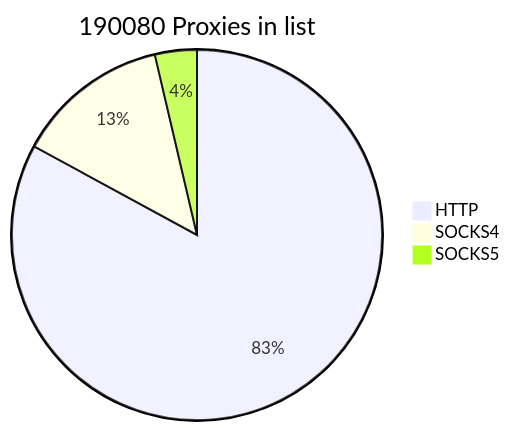
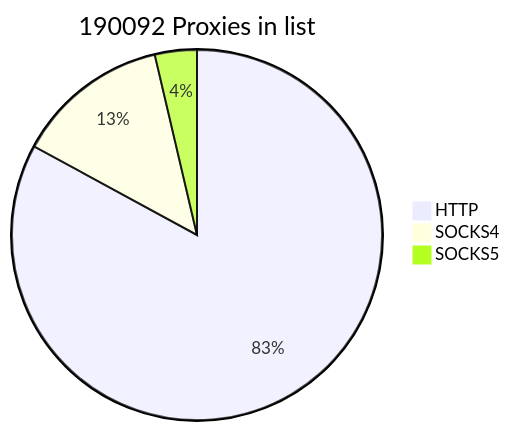
One commit to cutipu/proxylist changed the first of 2 diagrams in README.md. Above: the diagram before and after it, drawn with Mermaid. The commit also changed other lines of this file, not shown here.

````diff
--- a/README.md
+++ b/README.md
@@ -2,7 +2,7 @@
 ```mermaid
-pie title 190080 Proxies in list
-    "HTTP" : 157634
-    "SOCKS4" : 25493
-    "SOCKS5" : 6953
+pie title 190092 Proxies in list
+    "HTTP" : 157633
+    "SOCKS4" : 25494
+    "SOCKS5" : 6965
             
 ```
````
